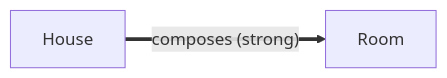
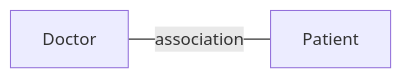
One commit to muhammad-khaled-tech/My-Study-Notes changed the fifth of 10 diagrams in interviews/01-oop.md. Above: the diagram before and after it, drawn with Mermaid. The commit also changed other lines of this file and 1 other file, not shown here.

````diff
--- a/interviews/01-oop.md
+++ b/interviews/01-oop.md
@@ -430,4 +802,4 @@
 ```mermaid
 flowchart LR
-    House["House"] ==>|"composes (strong)"| Room["Room"]
+    Doctor["Doctor"] ---|association| Patient["Patient"]
 ```
````
